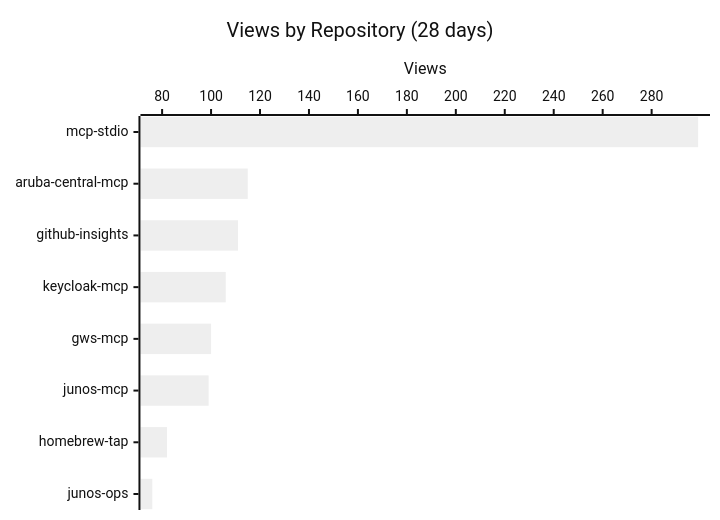
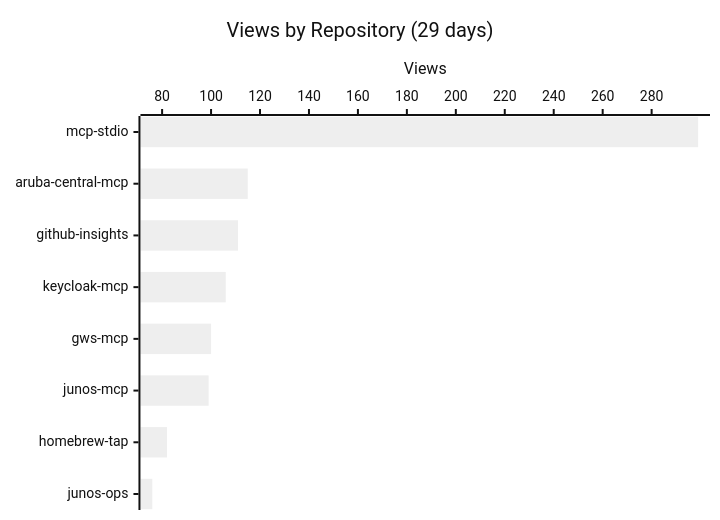
One commit to shigechika/github-insights changed the first of 3 diagrams in README.md. Above: the diagram before and after it, drawn with Mermaid (neutral theme). The commit also changed other lines of this file and 1 other file, not shown here.

````diff
--- a/README.md
+++ b/README.md
@@ -12,7 +12,7 @@
 ```mermaid
 xychart-beta horizontal
-    title "Views by Repository (28 days)"
+    title "Views by Repository (29 days)"
     x-axis ["mcp-stdio", "aruba-central-mcp", "github-insights", "keycloak-mcp", "gws-mcp", "junos-mcp", "homebrew-tap", "junos-ops"]
     y-axis "Views"
     bar [299, 115, 111, 106, 100, 99, 82, 76]
 ```
````
